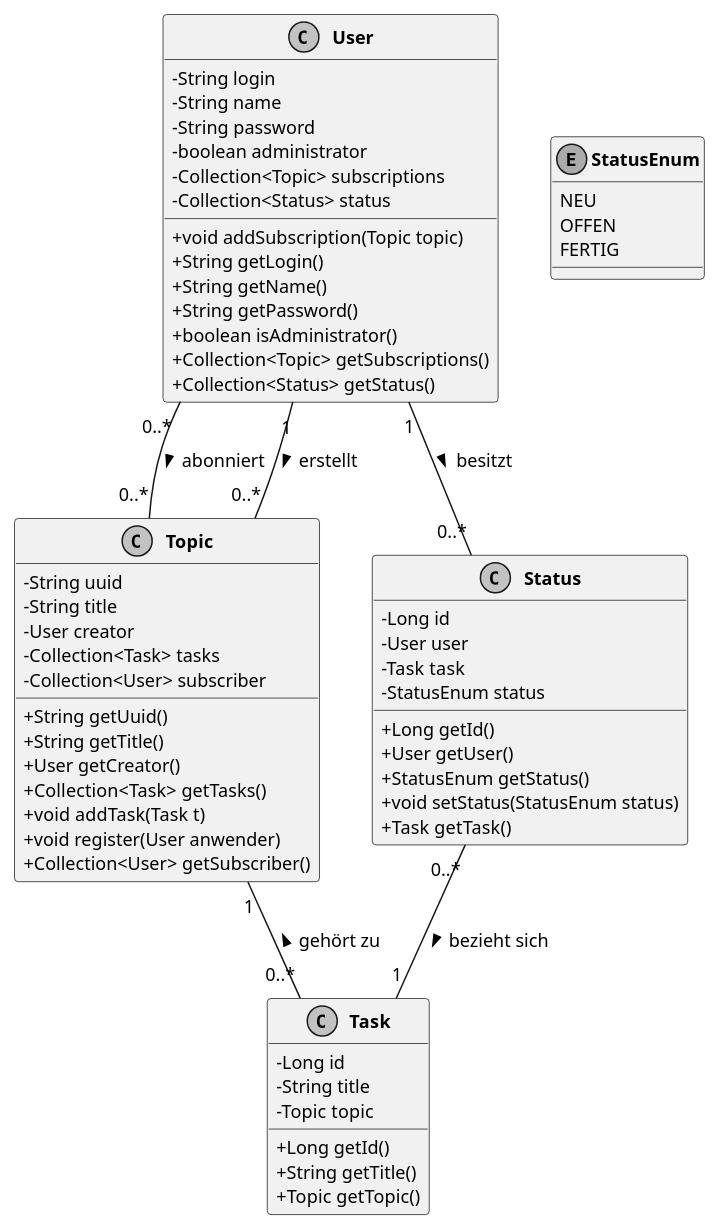
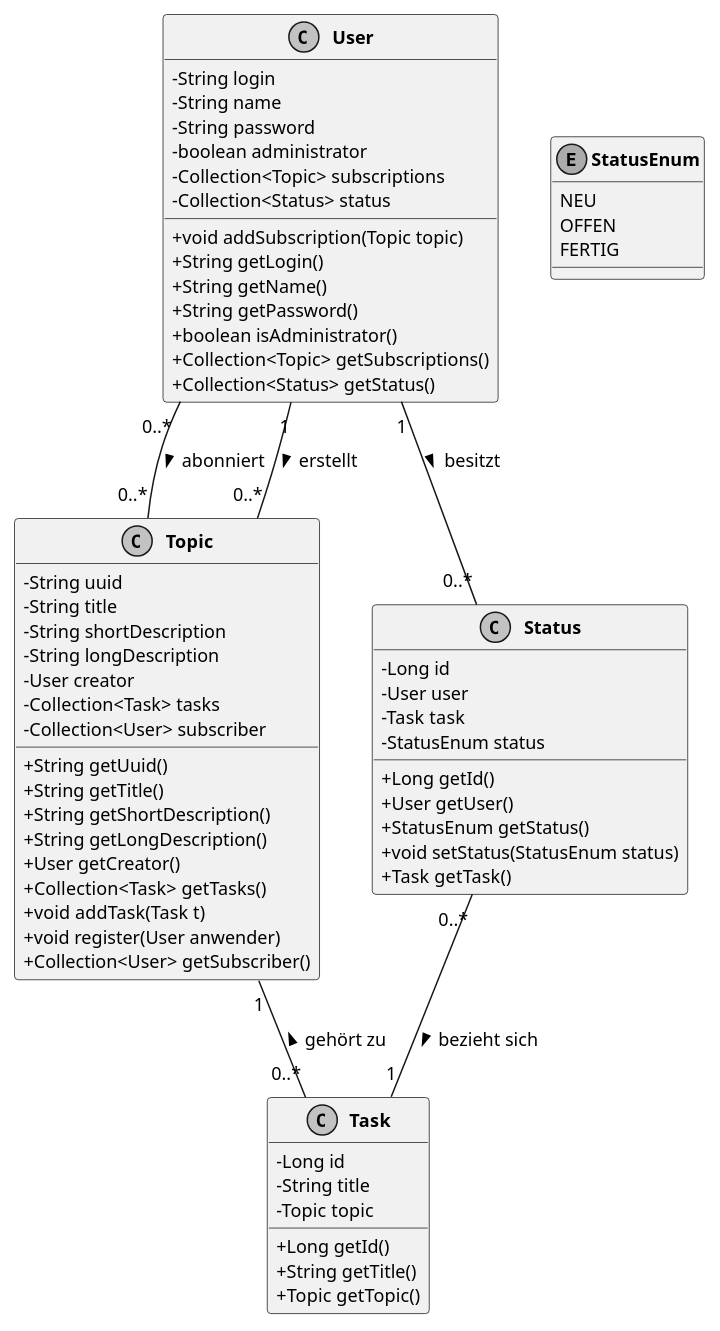
Before and after one commit to SimonHirner/agenda20: the diagram in doku/Datenmodell.plantuml, drawn with PlantUML. The commit also changed 15 other files, not shown here.

```diff
--- a/doku/Datenmodell.plantuml
+++ b/doku/Datenmodell.plantuml
@@ -1,78 +1,82 @@
 @startuml
 
 ' Layout
 skinparam classAttributeIconSize 0
 skinparam monochrome true
 skinparam shadowing false
 skinparam DefaultFontName arial
 skinparam DefaultFontSize 12
 skinparam ClassFontStyle bold
 hide empty fields
 
 ' Assoziationen
 User "0..*" -- "0..*" Topic : > abonniert
 User "1" -- "0..*" Topic : > erstellt
 User "1" -- "0..*" Status : > besitzt
 Topic "1" -- "0..*" Task : < gehört zu
 Status "0..*" -- "1" Task : > bezieht sich
 
 ' Klassen
 class Status [[java:edu.hm.cs.katz.swt2.agenda.persistence.Status]] {
 	-Long id
 	-User user
 	-Task task
 	-StatusEnum status
 	+Long getId()
 	+User getUser()
 	+StatusEnum getStatus()
 	+void setStatus(StatusEnum status)
 	+Task getTask()
 }
 
 class Task [[java:edu.hm.cs.katz.swt2.agenda.persistence.Task]] {
 	-Long id
 	-String title
 	-Topic topic
 	+Long getId()
 	+String getTitle()
 	+Topic getTopic()
 }
 
 class User [[java:edu.hm.cs.katz.swt2.agenda.persistence.User]] {
 	-String login
 	-String name
 	-String password
 	-boolean administrator
 	-Collection<Topic> subscriptions
 	-Collection<Status> status
 	+void addSubscription(Topic topic)
 	+String getLogin()
 	+String getName()
 	+String getPassword()
 	+boolean isAdministrator()
 	+Collection<Topic> getSubscriptions()
 	+Collection<Status> getStatus()
 }
 
 class Topic [[java:edu.hm.cs.katz.swt2.agenda.persistence.Topic]] {
 	-String uuid
 	-String title
+	-String shortDescription
+	-String longDescription
 	-User creator
 	-Collection<Task> tasks
 	-Collection<User> subscriber
 	+String getUuid()
 	+String getTitle()
+	+String getShortDescription()
+	+String getLongDescription()
 	+User getCreator()
 	+Collection<Task> getTasks()
 	+void addTask(Task t)
 	+void register(User anwender)
 	+Collection<User> getSubscriber()
 }
 
 enum StatusEnum [[java:edu.hm.cs.katz.swt2.agenda.common.StatusEnum]] {
 	NEU
 	OFFEN
 	FERTIG
 }
 
 @enduml
```
